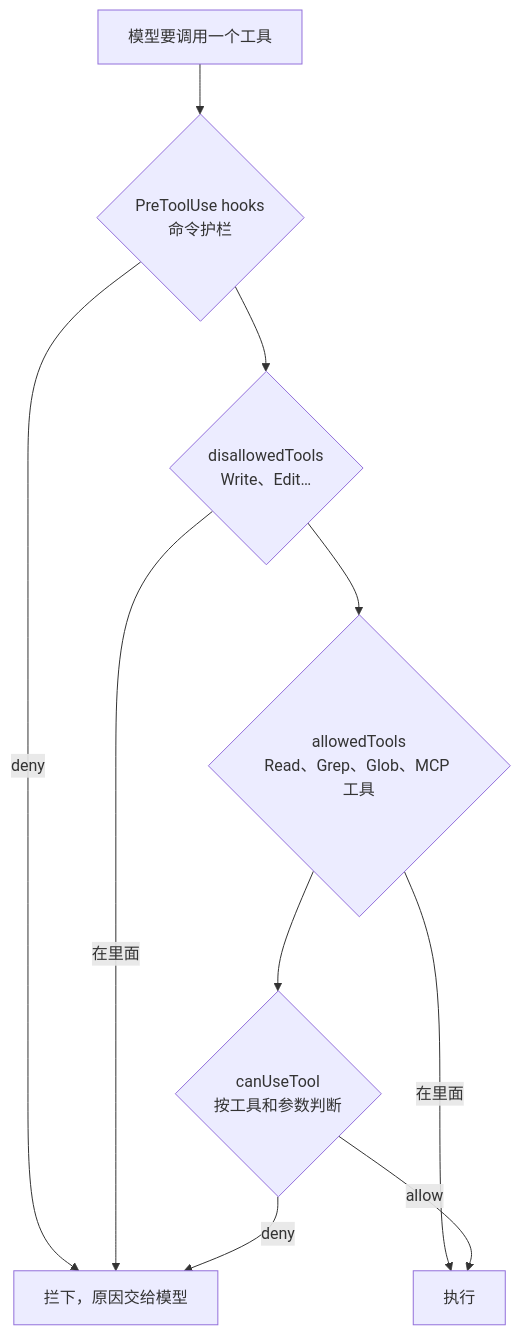
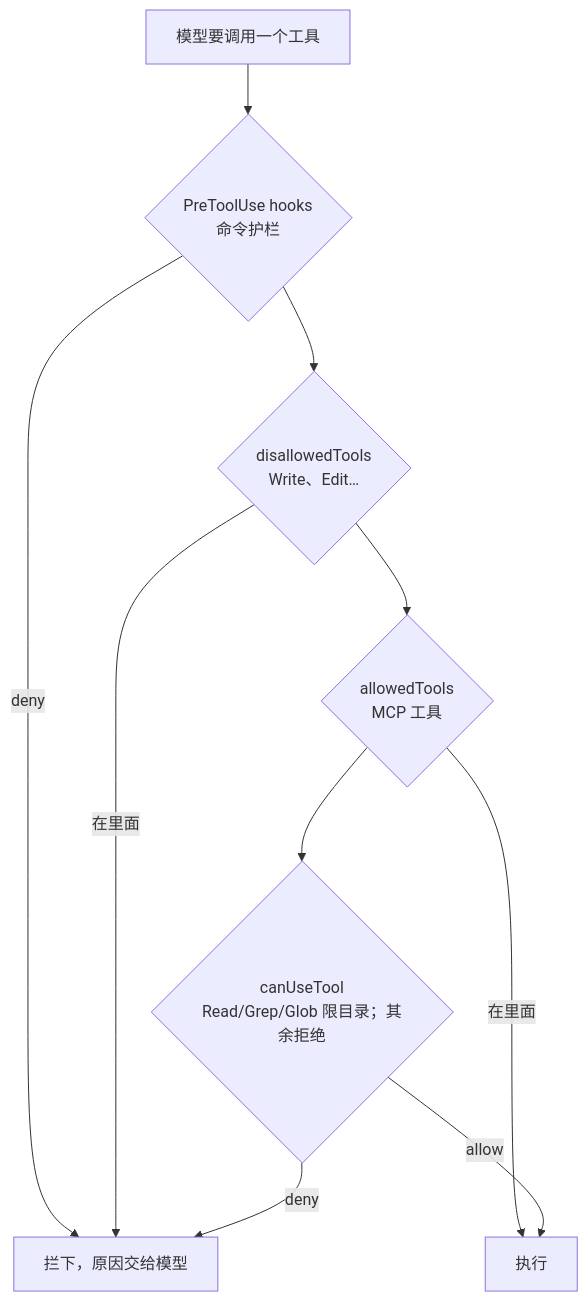
The second of 2 diagrams in days/day43/README.md (crisweb1994/60-days-agents), drawn with Mermaid before and after one commit. The commit also changed other lines of this file and 533 other files, not shown here.

````diff
--- a/days/day43/README.md
+++ b/days/day43/README.md
@@ -78,12 +78,12 @@
 ```mermaid
 flowchart TB
   C[模型要调用一个工具] --> H{PreToolUse hooks<br/>命令护栏}
   H -- deny --> X[拦下，原因交给模型]
   H --> D{disallowedTools<br/>Write、Edit…}
   D -- 在里面 --> X
-  D --> A{allowedTools<br/>Read、Grep、Glob、MCP 工具}
+  D --> A{allowedTools<br/>MCP 工具}
   A -- 在里面 --> OK[执行]
-  A --> G{canUseTool<br/>按工具和参数判断}
+  A --> G{canUseTool<br/>Read/Grep/Glob 限目录；其余拒绝}
   G -- allow --> OK
   G -- deny --> X
 ```
````
